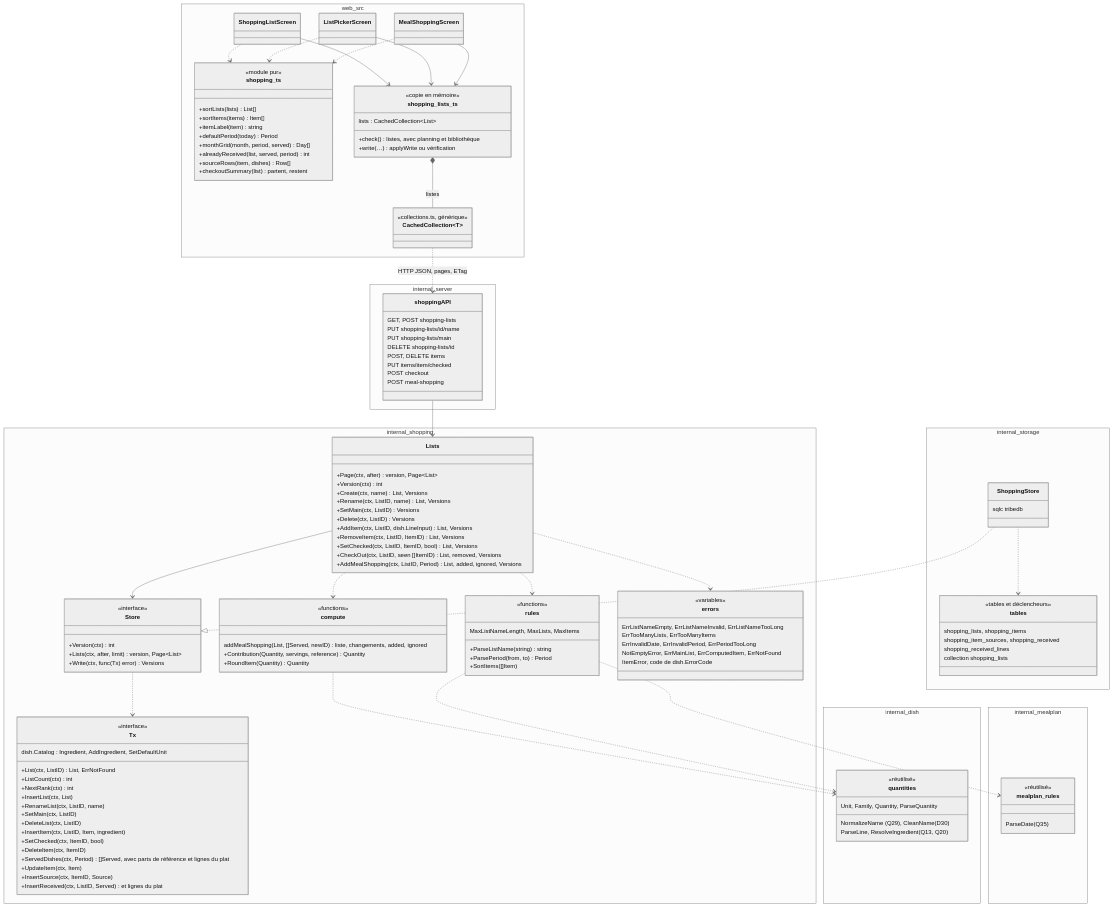
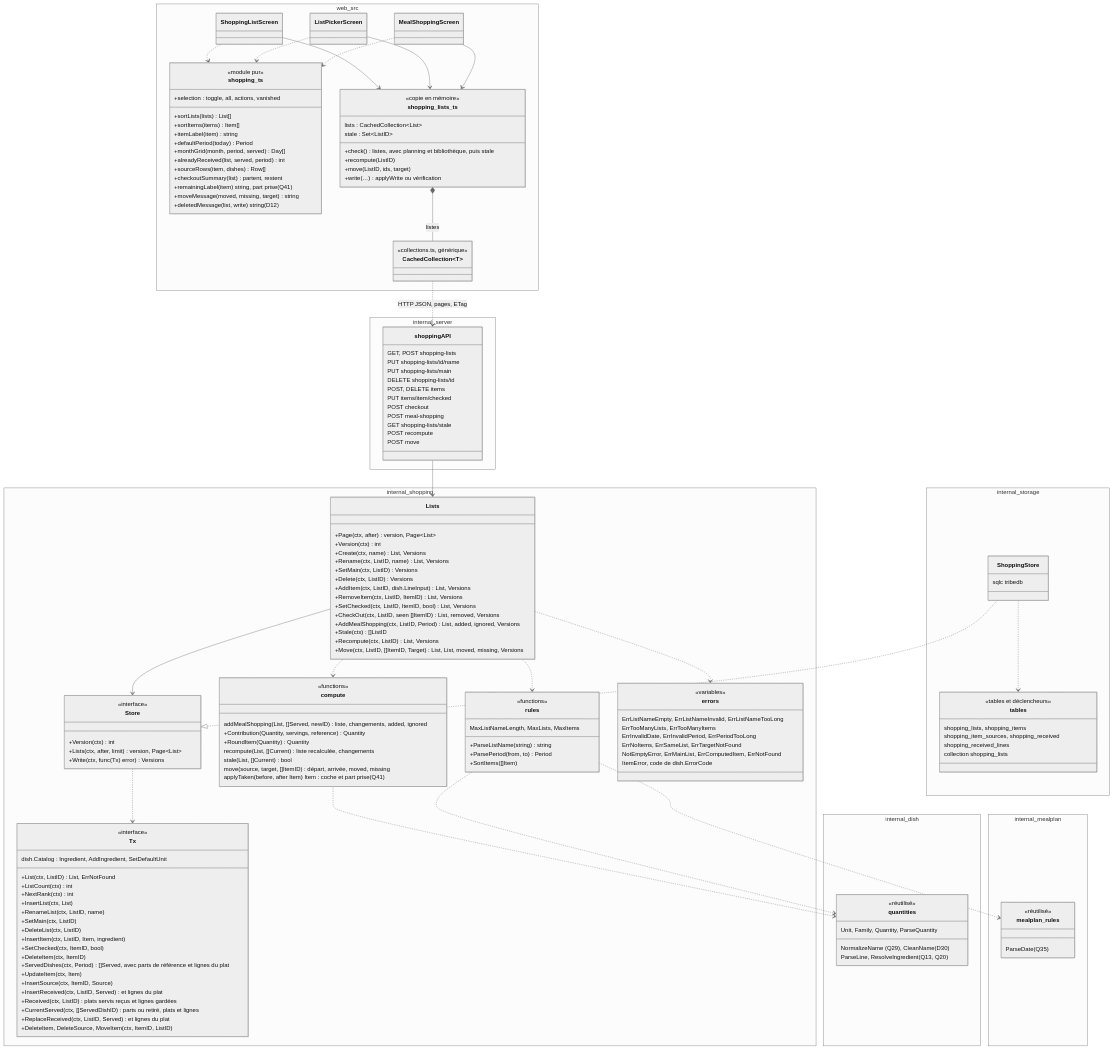
One commit to nelt/tribe-menus changed the second of 7 diagrams in docs/conception/listes-de-courses.md. Above: the diagram before and after it, drawn with Mermaid (neutral theme). The commit also changed other lines of this file and 17 other files, not shown here.

```diff
--- a/docs/conception/listes-de-courses.md
+++ b/docs/conception/listes-de-courses.md
@@ -121,6 +153,9 @@
             +SetChecked(ctx, ListID, ItemID, bool) List, Versions
             +CheckOut(ctx, ListID, seen []ItemID) List, removed, Versions
             +AddMealShopping(ctx, ListID, Period) List, added, ignored, Versions
+            +Stale(ctx) []ListID
+            +Recompute(ctx, ListID) List, Versions
+            +Move(ctx, ListID, []ItemID, Target) List, List, moved, missing, Versions
         }
         class Store {
             <<interface>>
@@ -145,12 +180,20 @@
             +UpdateItem(ctx, Item)
             +InsertSource(ctx, ItemID, Source)
             +InsertReceived(ctx, ListID, Served) et lignes du plat
+            +Received(ctx, ListID) plats servis reçus et lignes gardées
+            +CurrentServed(ctx, []ServedDishID) parts ou retiré, plats et lignes
+            +ReplaceReceived(ctx, ListID, Served) et lignes du plat
+            +DeleteItem, DeleteSource, MoveItem(ctx, ItemID, ListID)
         }
         class compute {
             <<functions>>
             addMealShopping(List, []Served, newID) liste, changements, added, ignored
             +Contribution(Quantity, servings, reference) Quantity
             +RoundItem(Quantity) Quantity
+            recompute(List, []Current) liste recalculée, changements
+            stale(List, []Current) bool
+            move(source, target, []ItemID) départ, arrivée, moved, missing
+            applyTaken(before, after Item) Item : coche et part prise (Q41)
         }
         class rules {
             <<functions>>
@@ -164,6 +207,7 @@
             ErrListNameEmpty, ErrListNameInvalid, ErrListNameTooLong
             ErrTooManyLists, ErrTooManyItems
             ErrInvalidDate, ErrInvalidPeriod, ErrPeriodTooLong
+            ErrNoItems, ErrSameList, ErrTargetNotFound
             NotEmptyError, ErrMainList, ErrComputedItem, ErrNotFound
             ItemError, code de dish.ErrorCode
         }
@@ -204,6 +248,9 @@
             PUT items/item/checked
             POST checkout
             POST meal-shopping
+            GET shopping-lists/stale
+            POST recompute
+            POST move
         }
     }
     namespace web_src {
@@ -217,11 +264,18 @@
             +alreadyReceived(list, served, period) int
             +sourceRows(item, dishes) Row[]
             +checkoutSummary(list) partent, restent
+            +remainingLabel(item) string, part prise (Q41)
+            +selection : toggle, all, actions, vanished
+            +moveMessage(moved, missing, target) string
+            +deletedMessage(list, write) string (D12)
         }
         class shopping_lists_ts {
             <<copie en mémoire>>
             lists : CachedCollection~List~
-            +check() listes, avec planning et bibliothèque
+            +check() listes, avec planning et bibliothèque, puis stale
+            stale : Set~ListID~
+            +recompute(ListID)
+            +move(ListID, ids, target)
             +write(…) applyWrite ou vérification
         }
         class CachedCollection~T~ {
```
